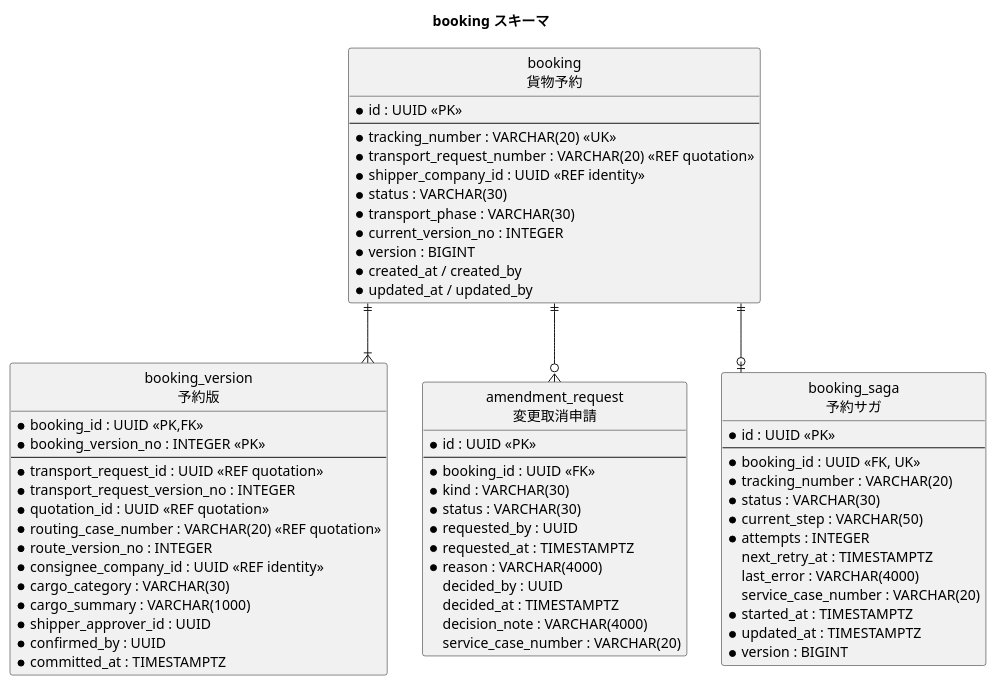
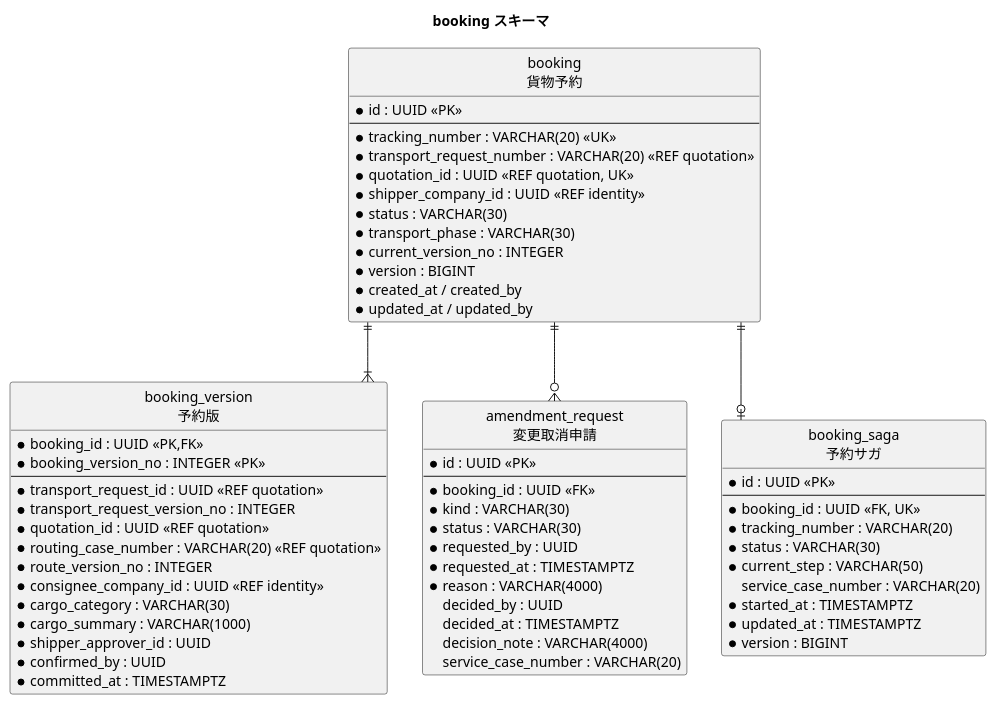
One commit to k2works/practical-domain-driven-design-in-enterpris-application changed the fourth of 8 diagrams in docs/design/cargo-tracker/data_model.md. Above: the diagram before and after it, drawn with PlantUML. The commit also changed other lines of this file and 32 other files, not shown here.

````diff
--- a/docs/design/cargo-tracker/data_model.md
+++ b/docs/design/cargo-tracker/data_model.md
@@ -516,69 +516,67 @@
 ```plantuml
 @startuml
 title booking スキーマ
 hide circle
 skinparam linetype ortho
 
 entity "booking\n貨物予約" as b {
   * id : UUID <<PK>>
   --
   * tracking_number : VARCHAR(20) <<UK>>
   * transport_request_number : VARCHAR(20) <<REF quotation>>
+  * quotation_id : UUID <<REF quotation, UK>>
   * shipper_company_id : UUID <<REF identity>>
   * status : VARCHAR(30)
   * transport_phase : VARCHAR(30)
   * current_version_no : INTEGER
   * version : BIGINT
   * created_at / created_by
   * updated_at / updated_by
 }
 entity "booking_version\n予約版" as bv {
   * booking_id : UUID <<PK,FK>>
   * booking_version_no : INTEGER <<PK>>
   --
   * transport_request_id : UUID <<REF quotation>>
   * transport_request_version_no : INTEGER
   * quotation_id : UUID <<REF quotation>>
   * routing_case_number : VARCHAR(20) <<REF quotation>>
   * route_version_no : INTEGER
   * consignee_company_id : UUID <<REF identity>>
   * cargo_category : VARCHAR(30)
   * cargo_summary : VARCHAR(1000)
   * shipper_approver_id : UUID
   * confirmed_by : UUID
   * committed_at : TIMESTAMPTZ
 }
 entity "amendment_request\n変更取消申請" as ar {
   * id : UUID <<PK>>
   --
   * booking_id : UUID <<FK>>
   * kind : VARCHAR(30)
   * status : VARCHAR(30)
   * requested_by : UUID
   * requested_at : TIMESTAMPTZ
   * reason : VARCHAR(4000)
   decided_by : UUID
   decided_at : TIMESTAMPTZ
   decision_note : VARCHAR(4000)
   service_case_number : VARCHAR(20)
 }
 entity "booking_saga\n予約サガ" as saga {
   * id : UUID <<PK>>
   --
   * booking_id : UUID <<FK, UK>>
   * tracking_number : VARCHAR(20)
   * status : VARCHAR(30)
   * current_step : VARCHAR(50)
-  * attempts : INTEGER
-  next_retry_at : TIMESTAMPTZ
-  last_error : VARCHAR(4000)
   service_case_number : VARCHAR(20)
   * started_at : TIMESTAMPTZ
   * updated_at : TIMESTAMPTZ
   * version : BIGINT
 }
 b ||--|{ bv
 b ||--o{ ar
 b ||--o| saga
 @enduml
 ```
````
